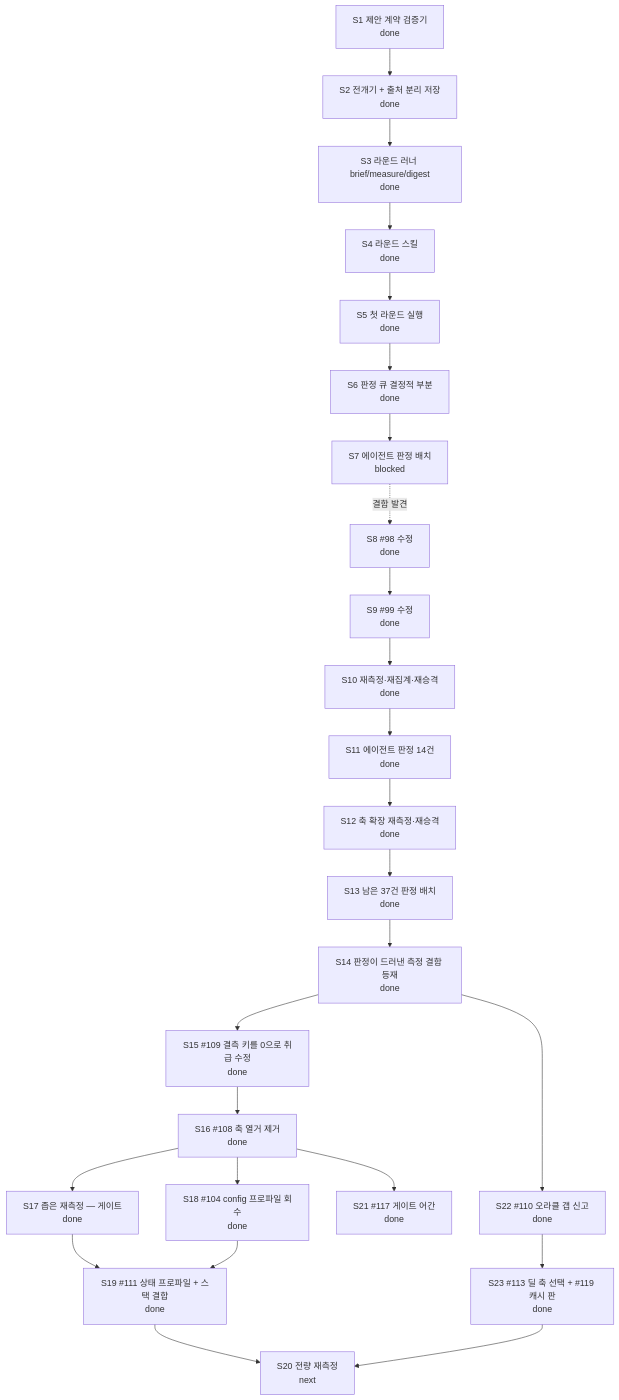
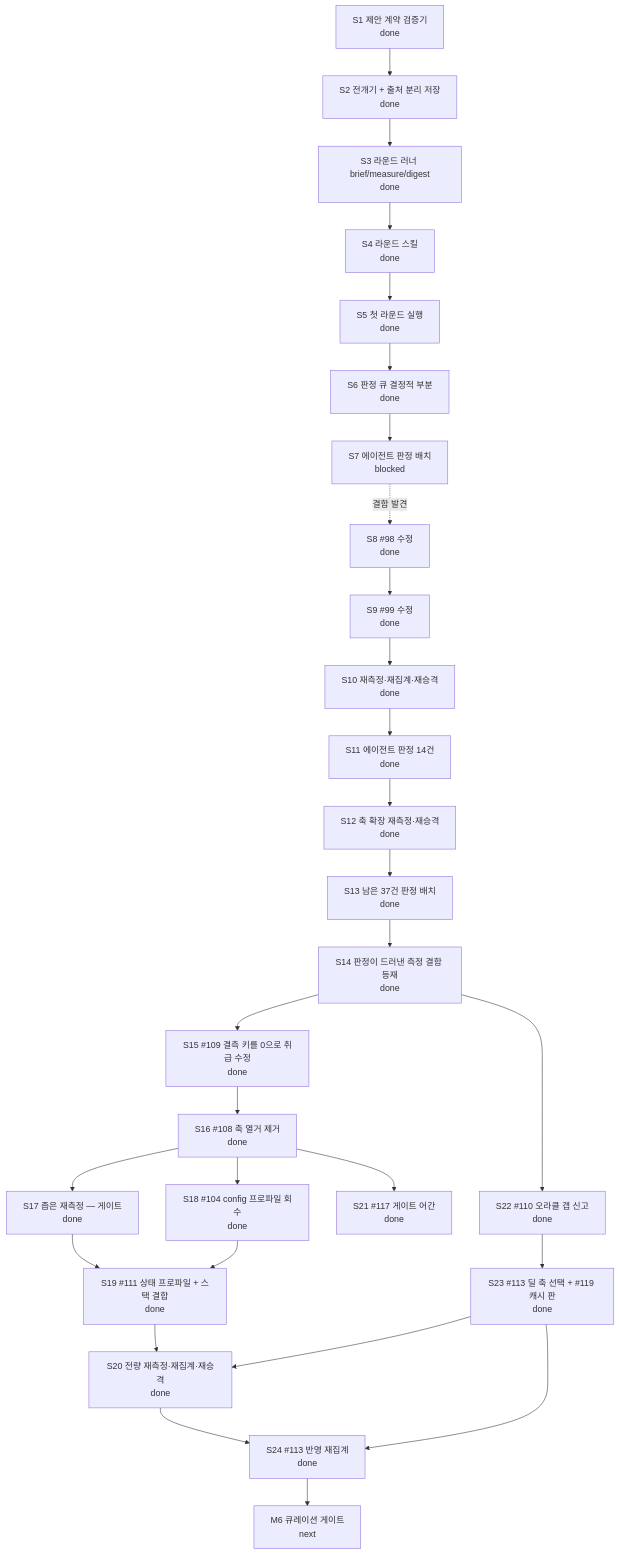
Before and after one commit to skerfolg/poe2-ai-wiki: the diagram in docs/CURRENT-PLAN.md, drawn with Mermaid. The commit also changed other lines of this file and 50 other files, not shown here.

````diff
--- a/docs/CURRENT-PLAN.md
+++ b/docs/CURRENT-PLAN.md
@@ -23,33 +23,38 @@
 ```mermaid
 flowchart TD
   CONTRACT[S1 제안 계약 검증기<br/>done]
   FLOW[S2 전개기 + 출처 분리 저장<br/>done]
   ROUND[S3 라운드 러너 brief/measure/digest<br/>done]
   SKILL[S4 라운드 스킬<br/>done]
   FIRST[S5 첫 라운드 실행<br/>done]
   NECESS[S6 판정 큐 결정적 부분<br/>done]
   JUDGE[S7 에이전트 판정 배치<br/>blocked]
   FIX[S8 #98 수정<br/>done]
   REMEAS[S9 #99 수정<br/>done]
   REAGG[S10 재측정·재집계·재승격<br/>done]
   RESUME[S11 에이전트 판정 14건<br/>done]
   AXES[S12 축 확장 재측정·재승격<br/>done]
   NEXT2[S13 남은 37건 판정 배치<br/>done]
   DEF[S14 판정이 드러낸 측정 결함 등재<br/>done]
   FIXDELTA[S15 #109 결측 키를 0으로 취급 수정<br/>done]
   WIDEN[S16 #108 축 열거 제거<br/>done]
   NARROW[S17 좁은 재측정 — 게이트<br/>done]
   CFG[S18 #104 config 프로파일 회수<br/>done]
   CPL[S19 #111 상태 프로파일 + 스택 결합<br/>done]
-  FULL[S20 전량 재측정<br/>next]
+  FULL[S20 전량 재측정·재집계·재승격<br/>done]
   STEM[S21 #117 게이트 어간<br/>done]
   ORACLE[S22 #110 오라클 갭 신고<br/>done]
   AXIS[S23 #113 딜 축 선택 + #119 캐시 판<br/>done]
+  REAGG2[S24 #113 반영 재집계<br/>done]
+  M6[M6 큐레이션 게이트<br/>next]
   CONTRACT --> FLOW --> ROUND --> SKILL --> FIRST --> NECESS --> JUDGE
   JUDGE -. 결함 발견 .-> FIX --> REMEAS --> REAGG --> RESUME --> AXES --> NEXT2
   NEXT2 --> DEF --> FIXDELTA --> WIDEN --> NARROW --> CPL --> FULL
   WIDEN --> CFG --> CPL
   WIDEN --> STEM
   DEF --> ORACLE
   ORACLE --> AXIS --> FULL
+  FULL --> REAGG2
+  AXIS --> REAGG2
+  REAGG2 --> M6
 ```
````
